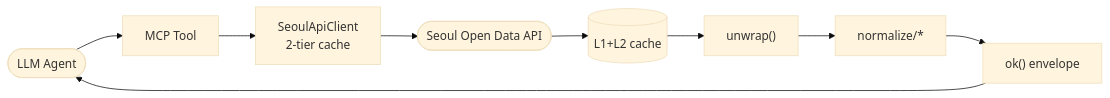
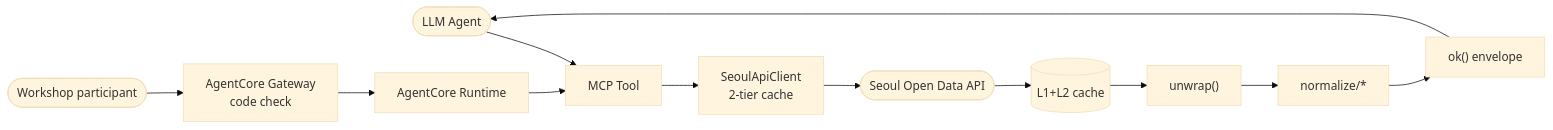
The second of 4 diagrams in docs/architecture.md (whchoi98/seoul-opendata-mcp), drawn with Mermaid (base theme) before and after one commit. The commit also changed other lines of this file and 15 other files, not shown here.

````diff
--- a/docs/architecture.md
+++ b/docs/architecture.md
@@ -83,9 +108,10 @@
 ```mermaid
 flowchart LR
   Agent(["LLM Agent"]) --> Tool["MCP Tool"] --> Client["SeoulApiClient<br/>2-tier cache"] --> API(["Seoul Open Data API"])
   API --> Cache[("L1+L2 cache")]
   Cache --> Unwrap["unwrap()"]
   Unwrap --> Normalize["normalize/*"]
   Normalize --> Envelope["ok() envelope"]
   Envelope --> Agent
+  Participant(["Workshop participant"]) --> Gateway["AgentCore Gateway<br/>code check"] --> Runtime["AgentCore Runtime"] --> Tool
 ```
````
